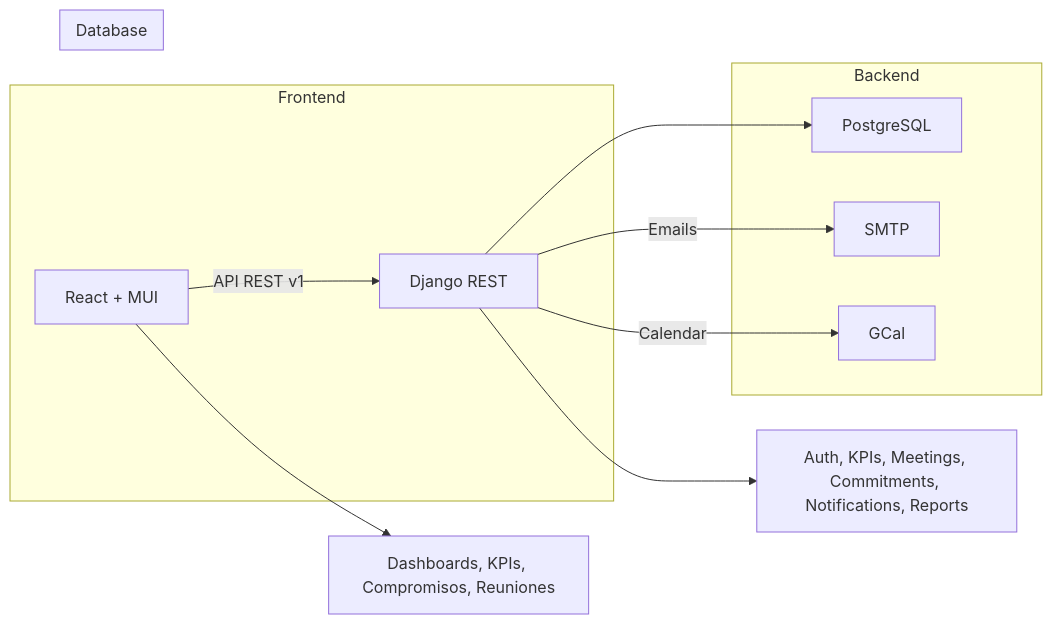
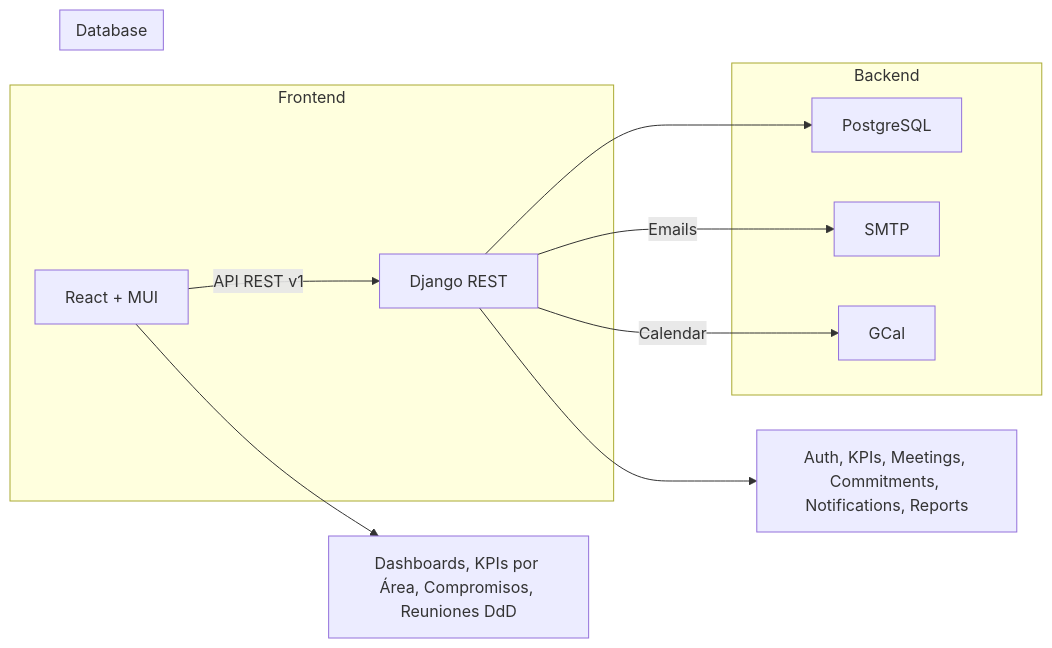
Before and after one commit to ColDev-Colivoro/Proyecto-Estandarizaci-n-normalizacion-Nutrisco: the first of 6 diagrams in readmeEjecutivo.md, drawn with Mermaid. The commit also changed other lines of this file and 2 other files, not shown here.

````diff
--- a/readmeEjecutivo.md
+++ b/readmeEjecutivo.md
@@ -28,18 +28,18 @@
 ```mermaid
 graph LR
   subgraph "Frontend"
     FE["React + MUI"]
     FE -->|"API REST v1"| BE
   end
   subgraph "Backend"
     BE["Django REST"]
     BE --> DB
     BE -->|"Emails"| SMTP
     BE -->|"Calendar"| GCal
   end
   subgraph "Database"
     DB["PostgreSQL"]
   end
-  FE --> UI["Dashboards, KPIs, Compromisos, Reuniones"]
+  FE --> UI["Dashboards, KPIs por Área, Compromisos, Reuniones DdD"]
   BE --> Services["Auth, KPIs, Meetings, Commitments, Notifications, Reports"]
 ```
````
